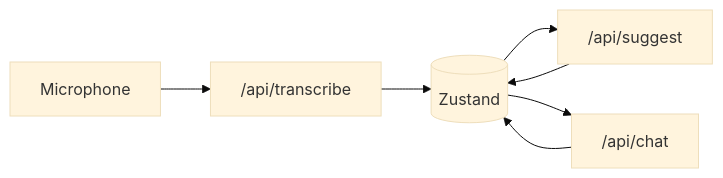
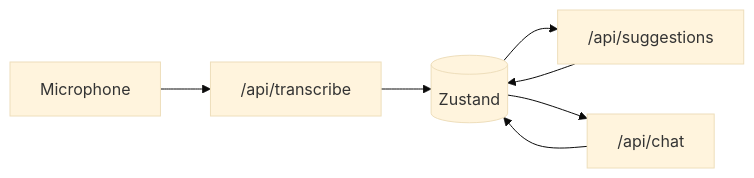
One commit to RealCifer/Voxa changed the diagram in README.md. Above: the diagram before and after it, drawn with Mermaid (base theme). The commit also changed other lines of this file and 8 other files, not shown here.

````diff
--- a/README.md
+++ b/README.md
@@ -41,9 +41,9 @@
 ```mermaid
 flowchart LR
   Mic[Microphone] --> Transcribe["/api/transcribe"]
   Transcribe --> Store[(Zustand)]
-  Store --> Suggest["/api/suggest"]
+  Store --> Suggest["/api/suggestions"]
   Store --> Chat["/api/chat"]
   Suggest --> Store
   Chat --> Store
 ```
````
